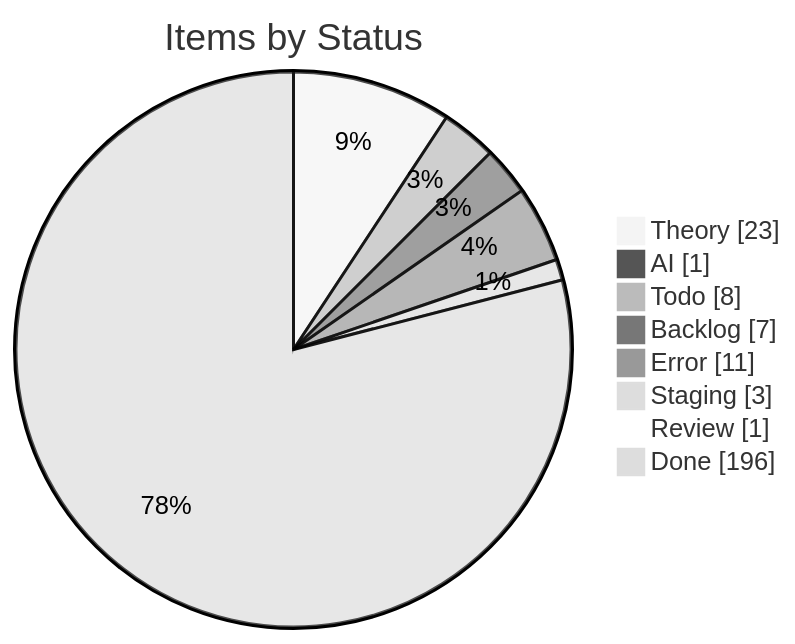
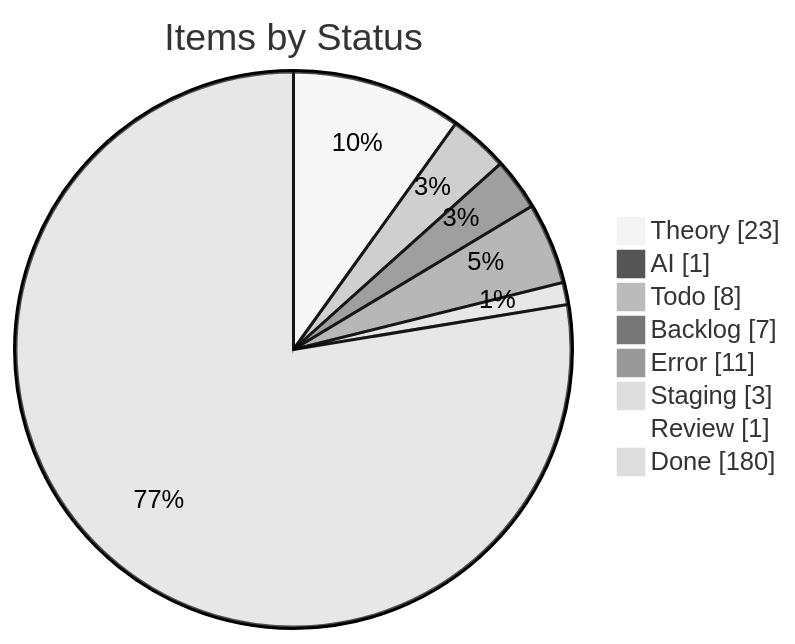
The first of 4 diagrams in apps/kbve/astro-kbve/src/content/docs/dashboard/kanban-data.mdx (KBVE/kbve), drawn with Mermaid (neutral theme) before and after one commit. The commit also changed other lines of this file and 7 other files, not shown here.

````diff
--- a/apps/kbve/astro-kbve/src/content/docs/dashboard/kanban-data.mdx
+++ b/apps/kbve/astro-kbve/src/content/docs/dashboard/kanban-data.mdx
@@ -55,12 +55,12 @@
 ```mermaid
 pie showData
     title Items by Status
     "Theory" : 23
     "AI" : 1
     "Todo" : 8
     "Backlog" : 7
     "Error" : 11
     "Staging" : 3
     "Review" : 1
-    "Done" : 196
+    "Done" : 180
 ```
````
